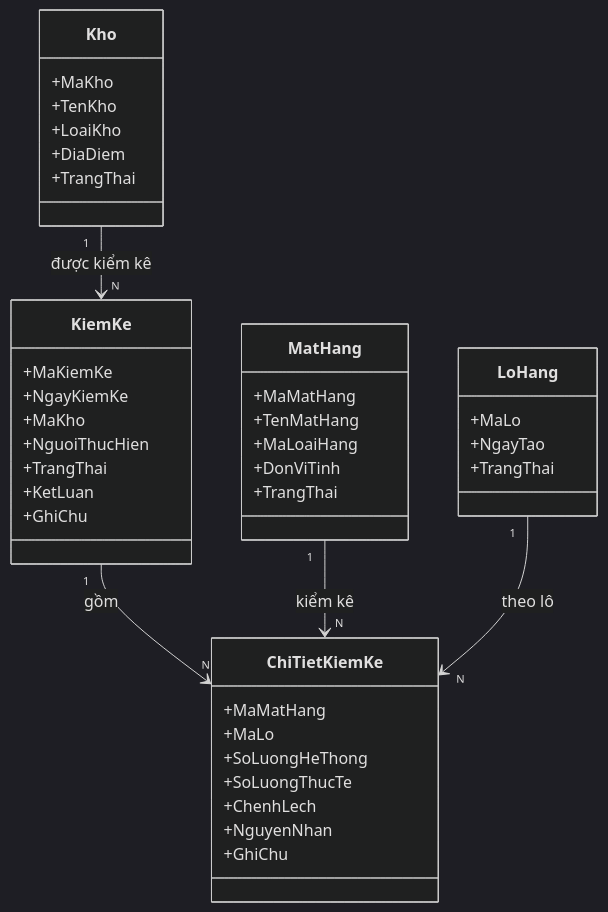
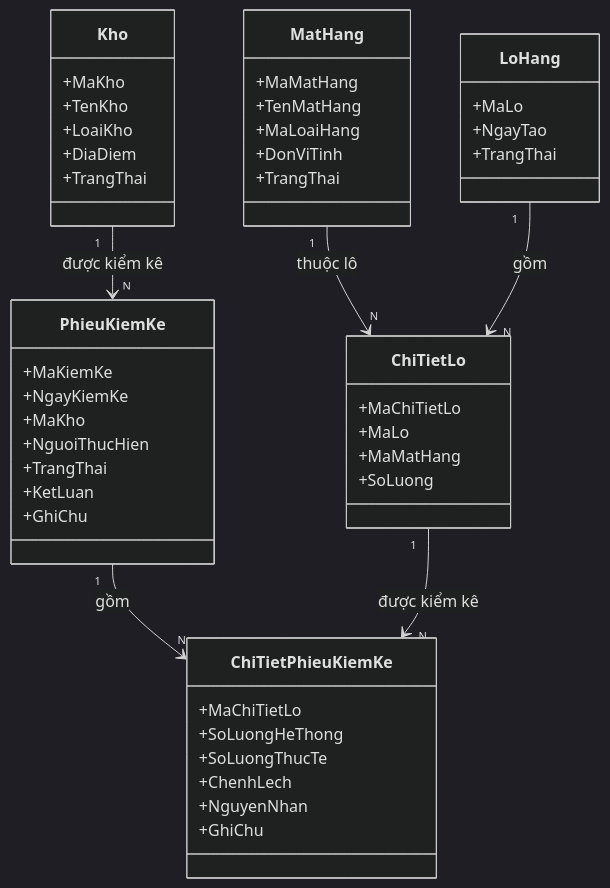
The tenth of 14 diagrams in domain_model.md (vthaix/WarehouseSystem), drawn with Mermaid (dark theme) before and after one commit. The commit also changed other lines of this file, not shown here.

````diff
--- a/domain_model.md
+++ b/domain_model.md
@@ -423,51 +500,58 @@
 ```mermaid
 classDiagram
 
-    class KiemKe {
+    class PhieuKiemKe {
         +MaKiemKe
         +NgayKiemKe
         +MaKho
         +NguoiThucHien
         +TrangThai
         +KetLuan
         +GhiChu
     }
 
-    class ChiTietKiemKe {
-        +MaMatHang
-        +MaLo
+    class ChiTietPhieuKiemKe {
+        +MaChiTietLo
         +SoLuongHeThong
         +SoLuongThucTe
         +ChenhLech
         +NguyenNhan
         +GhiChu
     }
 
     class Kho {
         +MaKho
         +TenKho
         +LoaiKho
         +DiaDiem
         +TrangThai
     }
 
     class MatHang {
         +MaMatHang
         +TenMatHang
         +MaLoaiHang
         +DonViTinh
         +TrangThai
     }
 
     class LoHang {
         +MaLo
         +NgayTao
         +TrangThai
     }
 
-    Kho "1" --> "N" KiemKe : được kiểm kê
-    KiemKe "1" --> "N" ChiTietKiemKe : gồm
-    MatHang "1" --> "N" ChiTietKiemKe : kiểm kê
-    LoHang "1" --> "N" ChiTietKiemKe : theo lô
+    class ChiTietLo {
+        +MaChiTietLo
+        +MaLo
+        +MaMatHang
+        +SoLuong
+    }
+
+    Kho "1" --> "N" PhieuKiemKe : được kiểm kê
+    PhieuKiemKe "1" --> "N" ChiTietPhieuKiemKe : gồm
+    MatHang "1" --> "N" ChiTietLo : thuộc lô
+    LoHang "1" --> "N" ChiTietLo : gồm
+    ChiTietLo "1" --> "N" ChiTietPhieuKiemKe : được kiểm kê
 
 ```
````
